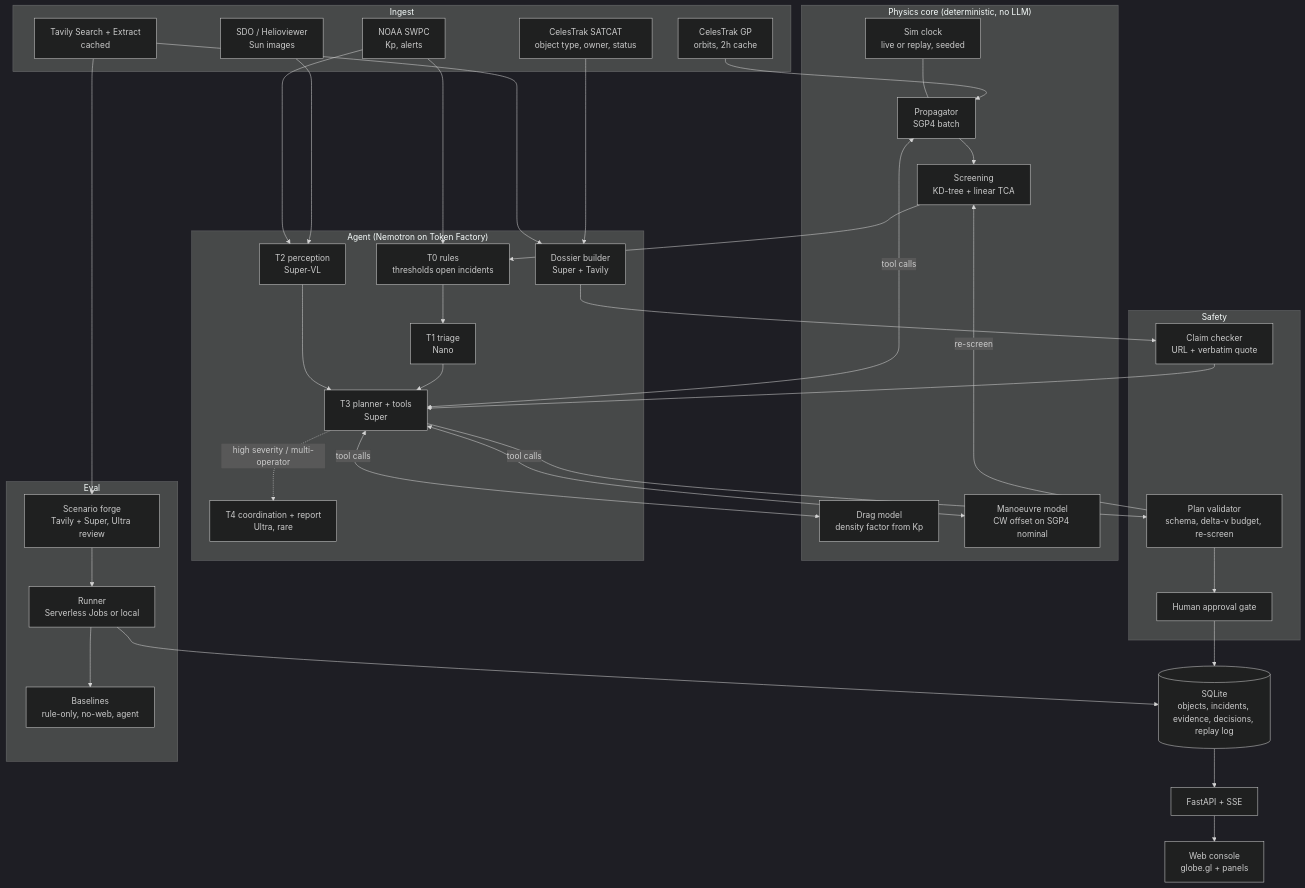
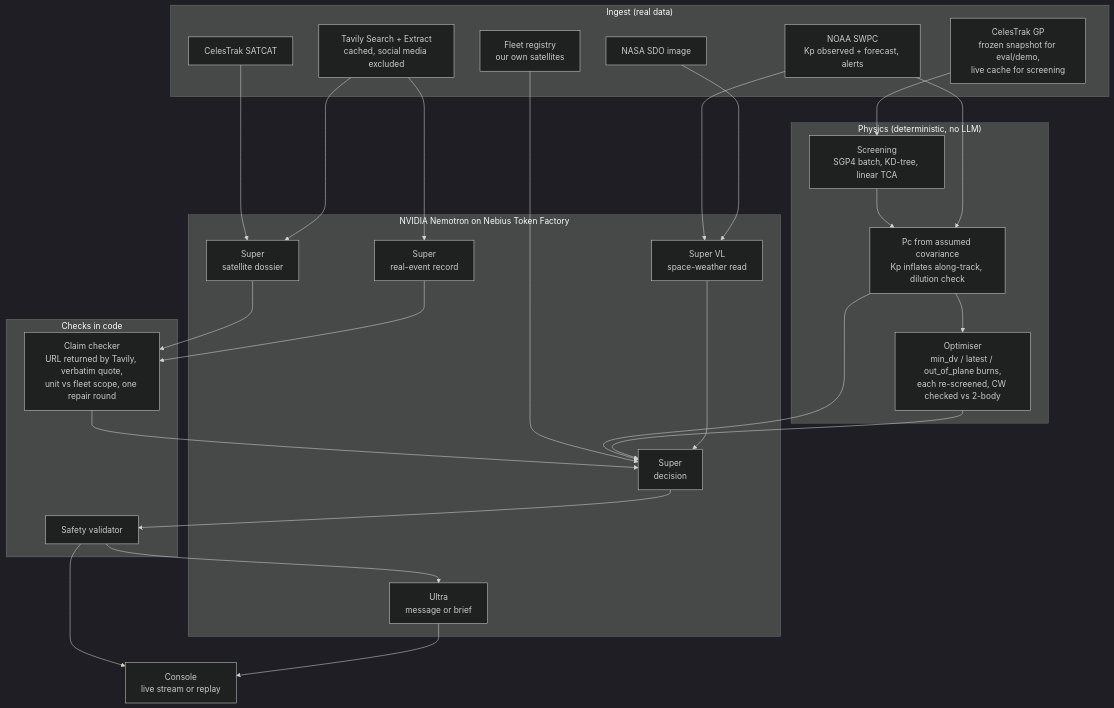
The second of 2 diagrams in ARCHITECTURE.md (youngjun-choi-kr/cric), drawn with Mermaid (dark theme) before and after one commit. The commit also changed other lines of this file and 2 other files, not shown here.

Commit message:
Point README and repo root at the live demo; rewrite ARCHITECTURE for the final design

````diff
--- a/ARCHITECTURE.md
+++ b/ARCHITECTURE.md
@@ -19,64 +20,46 @@
 ```mermaid
 flowchart TB
-    subgraph Ingest
-        CT[CelesTrak GP<br/>orbits, 2h cache]
-        SC[CelesTrak SATCAT<br/>object type, owner, status]
-        SW[NOAA SWPC<br/>Kp, alerts]
-        SI[SDO / Helioviewer<br/>Sun images]
-        TV[Tavily Search + Extract<br/>cached]
+    subgraph Ingest["Ingest (real data)"]
+        GP[CelesTrak GP<br/>frozen snapshot for eval/demo,<br/>live cache for screening]
+        SC[CelesTrak SATCAT]
+        NOAA[NOAA SWPC<br/>Kp observed + forecast, alerts]
+        SDO[NASA SDO image]
+        TV[Tavily Search + Extract<br/>cached, social media excluded]
+        FL[Fleet registry<br/>our own satellites]
     end
 
-    subgraph Physics["Physics core (deterministic, no LLM)"]
-        PR[Propagator<br/>SGP4 batch]
-        SCR[Screening<br/>KD-tree + linear TCA]
-        DR[Drag model<br/>density factor from Kp]
-        MV[Manoeuvre model<br/>CW offset on SGP4 nominal]
-        CL[Sim clock<br/>live or replay, seeded]
+    subgraph Physics["Physics (deterministic, no LLM)"]
+        SCR[Screening<br/>SGP4 batch, KD-tree, linear TCA]
+        RISK[Pc from assumed covariance<br/>Kp inflates along-track, dilution check]
+        OPT[Optimiser<br/>min_dv / latest / out_of_plane burns,<br/>each re-screened, CW checked vs 2-body]
     end
 
-    subgraph Agent["Agent (Nemotron on Token Factory)"]
-        T0[T0 rules<br/>thresholds open incidents]
-        T1[T1 triage<br/>Nano]
-        T2[T2 perception<br/>Super-VL]
-        T3[T3 planner + tools<br/>Super]
-        T4[T4 coordination + report<br/>Ultra, rare]
-        DOS[Dossier builder<br/>Super + Tavily]
+    subgraph Models["NVIDIA Nemotron on Nebius Token Factory"]
+        VL[Super VL<br/>space-weather read]
+        DOS[Super<br/>satellite dossier]
+        DEC[Super<br/>decision]
+        ULT[Ultra<br/>message or brief]
+        FOR[Super<br/>real-event record]
     end
 
-    subgraph Safety
-        CC[Claim checker<br/>URL + verbatim quote]
-        VAL[Plan validator<br/>schema, delta-v budget, re-screen]
-        HG[Human approval gate]
+    subgraph Checks["Checks in code"]
+        CC[Claim checker<br/>URL returned by Tavily, verbatim quote,<br/>unit vs fleet scope, one repair round]
+        VAL[Safety validator]
     end
 
-    subgraph Eval
-        FG[Scenario forge<br/>Tavily + Super, Ultra review]
-        RUN[Runner<br/>Serverless Jobs or local]
-        BL[Baselines<br/>rule-only, no-web, agent]
-    end
-
-    DB[(SQLite<br/>objects, incidents, evidence, decisions, replay log)]
-    API[FastAPI + SSE]
-    UI[Web console<br/>globe.gl + panels]
-
-    CT --> PR --> SCR --> T0
-    SW --> T0
+    GP --> SCR --> RISK --> OPT
+    NOAA --> RISK
+    NOAA --> VL
+    SDO --> VL
     SC --> DOS
-    TV --> DOS
-    TV --> FG
-    T0 --> T1 --> T3
-    SI --> T2 --> T3
-    SW --> T2
-    DOS --> CC --> T3
-    T3 <-->|tool calls| PR
-    T3 <-->|tool calls| MV
-    T3 <-->|tool calls| DR
-    T3 --> VAL --> HG
-    VAL -->|re-screen| SCR
-    T3 -.high severity / multi-operator.-> T4
-    HG --> DB
-    FG --> RUN --> BL
-    RUN --> DB
-    DB --> API --> UI
-    CL --- PR
+    TV --> DOS --> CC
+    TV --> FOR --> CC
+    FL --> DEC
+    CC --> DEC
+    RISK --> DEC
+    OPT --> DEC
+    VL --> DEC
+    DEC --> VAL --> ULT
+    VAL --> UI[Console<br/>live stream or replay]
+    ULT --> UI
 ```
````
